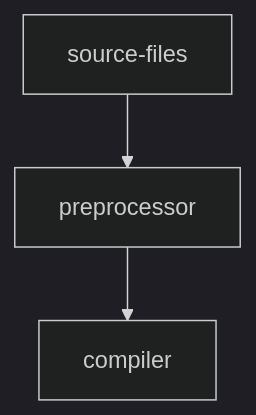
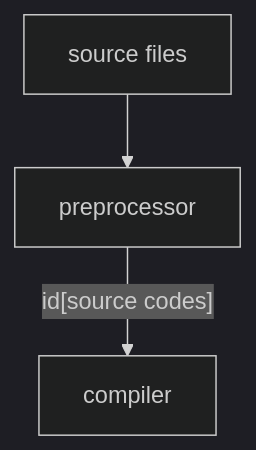
Before and after one commit to DCMMC/Notes: the diagram in 编译原理学习笔记.md, drawn with Mermaid (dark theme).

Commit message:
修改文件: 编译原理学习笔记.md

````diff
--- a/编译原理学习笔记.md
+++ b/编译原理学习笔记.md
@@ -41,5 +41,6 @@
 ```mermaid!
 graph TD;
-	source-files-->preprocessor;
-	preprocessor-->compiler;
+	id[source files]-->preprocessor;
+	preprocessor -- id[source codes] --> compiler;
+	
 ```
````
